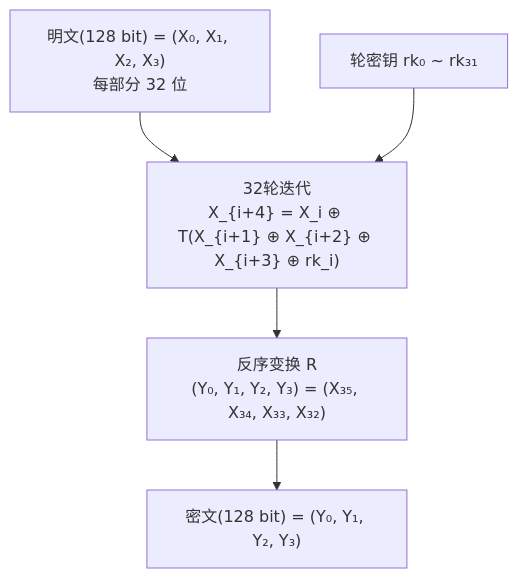
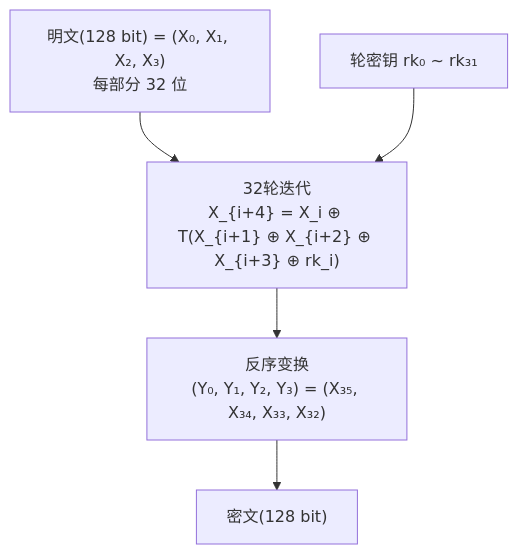
The diagram in docs/Computer&Network/加密算法/国密SM4.md (chinehe/knowledge-mkdocs), drawn with Mermaid before and after one commit. The commit also changed other lines of this file and 6 other files, not shown here.

````diff
--- a/docs/Computer&Network/加密算法/国密SM4.md
+++ b/docs/Computer&Network/加密算法/国密SM4.md
@@ -34,7 +34,7 @@
 ```mermaid
 flowchart TD
     A["明文(128 bit) = (X₀, X₁, X₂, X₃)<br>每部分 32 位"] --> B["32轮迭代<br>X_{i+4} = X_i ⊕ T(X_{i+1} ⊕ X_{i+2} ⊕ X_{i+3} ⊕ rk_i)"]
     RK["轮密钥 rk₀ ~ rk₃₁"] --> B
-    B --> C["反序变换 R<br>(Y₀, Y₁, Y₂, Y₃) = (X₃₅, X₃₄, X₃₃, X₃₂)"]
-    C --> D["密文(128 bit) = (Y₀, Y₁, Y₂, Y₃)"]
+    B --> C["反序变换<br>(Y₀, Y₁, Y₂, Y₃) = (X₃₅, X₃₄, X₃₃, X₃₂)"]
+    C --> D["密文(128 bit)"]
 ```
````
